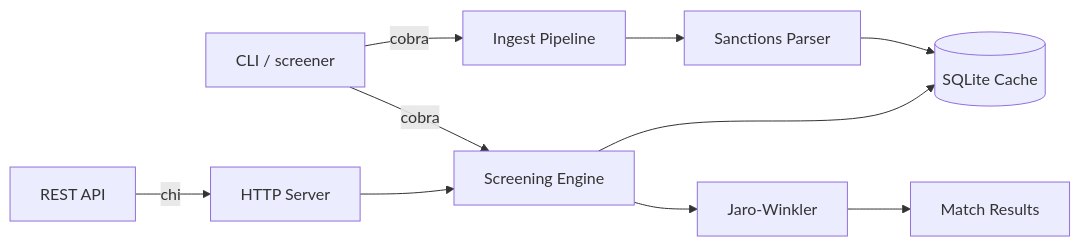
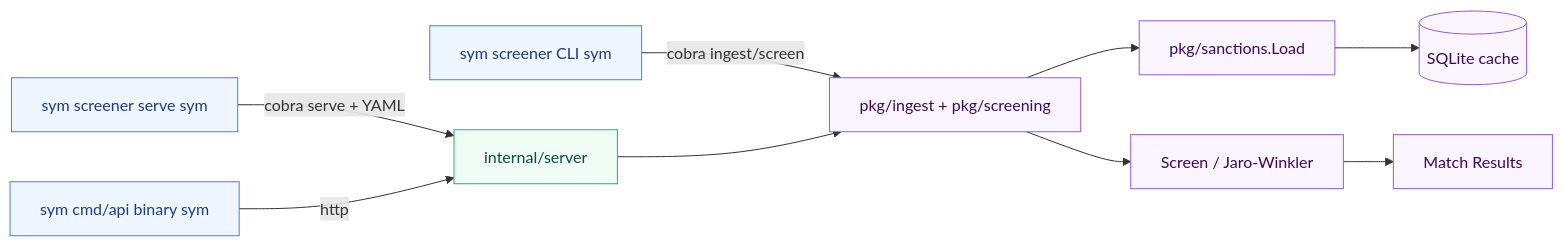
Before and after one commit to jstreitberger03/sanctions-screener: the diagram in README.md, drawn with Mermaid. The commit also changed other lines of this file and 27 other files, not shown here.

First line of the commit message:
Refactor screening engine, expand edge-case tests, rewrite README

````diff
--- a/README.md
+++ b/README.md
@@ -237,12 +358,18 @@
 ```mermaid
 flowchart LR
-    CLI[CLI / screener] -->|cobra| INGEST[Ingest Pipeline]
-    CLI -->|cobra| SCREEN[Screening Engine]
-    REST[REST API] -->|chi| SERVER[HTTP Server]
-    SERVER --> SCREEN
-    INGEST --> PARSER[Sanctions Parser]
-    PARSER --> CACHE[(SQLite Cache)]
-    SCREEN --> CACHE
-    SCREEN --> JW[Jaro-Winkler]
-    JW --> RESULT[Match Results]
+    CLI[sym screener CLI sym] -->|cobra ingest/screen| PIPE[pkg/ingest + pkg/screening]
+    CLI_S[sym screener serve sym] -->|cobra serve + YAML| SERVER[internal/server]
+    REST[sym cmd/api binary sym] -->|http| SERVER
+    SERVER --> PIPE
+    PIPE --> PARSE[pkg/sanctions.Load]
+    PARSE --> SQLITE[(SQLite cache)]
+    PIPE --> JW[Screen / Jaro-Winkler]
+    JW --> RESP[Match Results]
+
+    classDef cli fill:#eef6ff,stroke:#3b82f6,color:#1e3a8a
+    classDef server fill:#f0fdf4,stroke:#10b981,color:#064e3b
+    classDef shared fill:#faf5ff,stroke:#8b5cf6,color:#3b0764
+    class CLI,CLI_S,REST cli
+    class SERVER server
+    class PIPE,PARSE,SQLITE,JW,RESP shared
 ```
````
